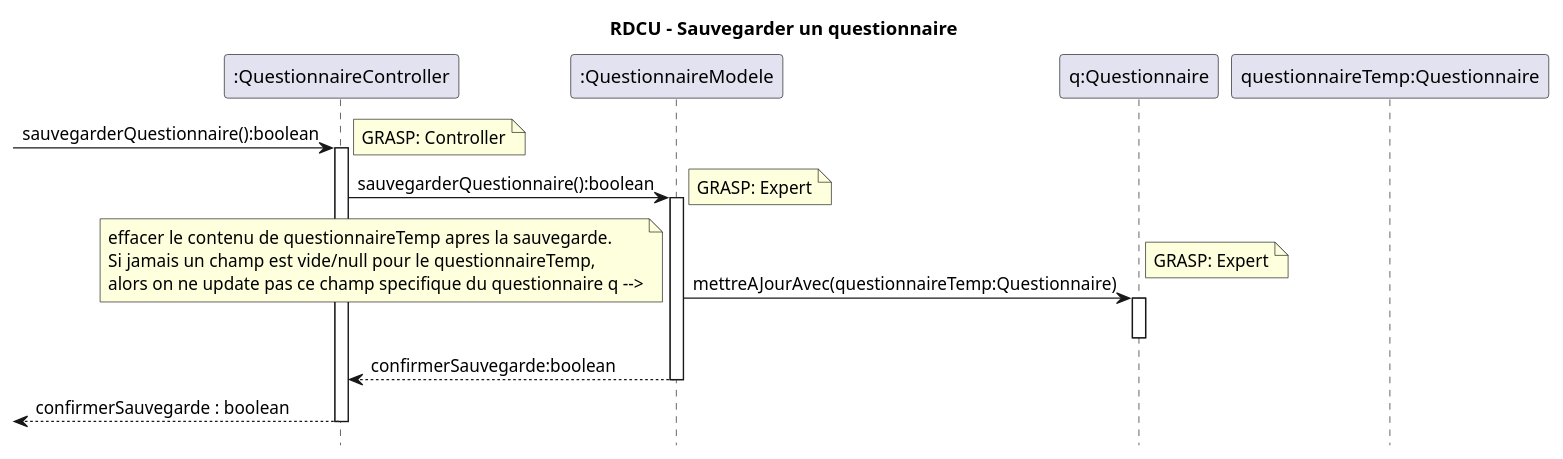
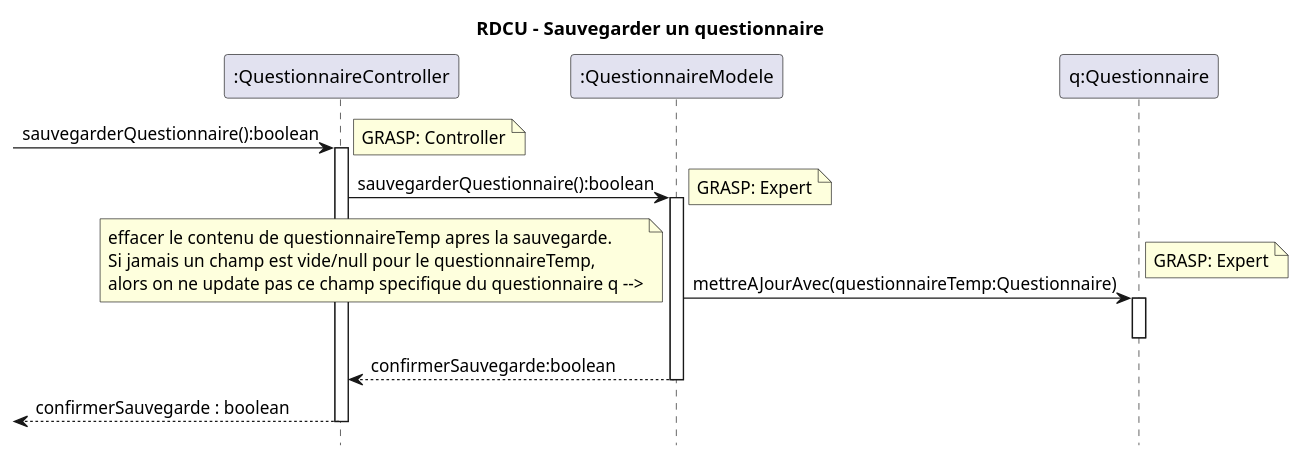
The diagram in docs/modeles/cu05/rdcu-sauvegarder-questionnaire.puml (xMrYahya/moodle-clone), drawn with PlantUML before and after one commit. The commit also changed 14 other files, not shown here.

```diff
--- a/docs/modeles/cu05/rdcu-sauvegarder-questionnaire.puml
+++ b/docs/modeles/cu05/rdcu-sauvegarder-questionnaire.puml
@@ -1,28 +1,27 @@
 @startuml
 hide footbox
 title RDCU - Sauvegarder un questionnaire
 
 participant ":QuestionnaireController" as controller
 participant ":QuestionnaireModele" as questionnaireModele
 participant "q:Questionnaire" as questionnaire
-participant "questionnaireTemp:Questionnaire"
 
 -> controller : sauvegarderQuestionnaire():boolean
 note right: GRASP: Controller
 activate controller
 controller -> questionnaireModele ++: sauvegarderQuestionnaire():boolean
 note right: GRASP: Expert
 questionnaireModele -> questionnaire ++: mettreAJourAvec(questionnaireTemp:Questionnaire)
 note right: GRASP: Expert
 deactivate questionnaire
 note bottom 
 effacer le contenu de questionnaireTemp apres la sauvegarde.
 Si jamais un champ est vide/null pour le questionnaireTemp,
 alors on ne update pas ce champ specifique du questionnaire q -->
 end note
 questionnaireModele --> controller : confirmerSauvegarde:boolean
 deactivate questionnaireModele
 <-- controller : confirmerSauvegarde : boolean
 deactivate controller
 
 @enduml
```
